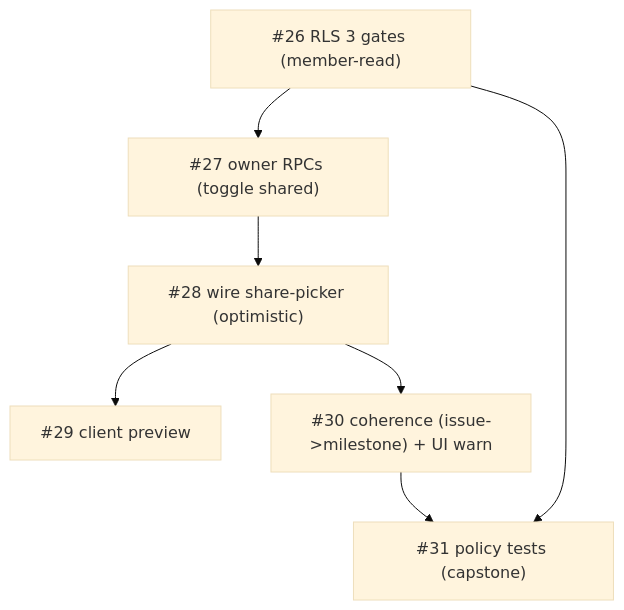
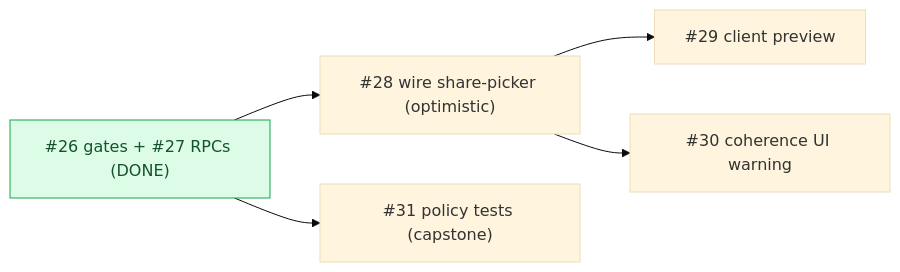
The diagram in docs/audits/milestone-Phase 4 - Visibility (allowlist)-audit.md (zestones/vista), drawn with Mermaid (base theme) before and after one commit. The commit also changed other lines of this file and 2 other files, not shown here.

First line of the commit message:
feat(sharing): wire share-picker to owner RPCs with optimistic updates

````diff
--- a/docs/audits/milestone-Phase 4 - Visibility (allowlist)-audit.md
+++ b/docs/audits/milestone-Phase 4 - Visibility (allowlist)-audit.md
@@ -17,9 +18,8 @@
 ```mermaid
-flowchart TD
-  I26["#26 RLS 3 gates (member-read)"] --> I27["#27 owner RPCs (toggle shared)"]
-  I27 --> I28["#28 wire share-picker (optimistic)"]
+flowchart LR
+  D["#26 gates + #27 RPCs (DONE)"]:::done --> I28["#28 wire share-picker (optimistic)"]
   I28 --> I29["#29 client preview"]
-  I28 --> I30["#30 coherence (issue->milestone) + UI warn"]
-  I26 --> I31["#31 policy tests (capstone)"]
-  I30 --> I31
+  I28 --> I30["#30 coherence UI warning"]
+  D --> I31["#31 policy tests (capstone)"]
+  classDef done fill:#dcfce7,stroke:#16a34a,color:#14532d;
 ```
````
